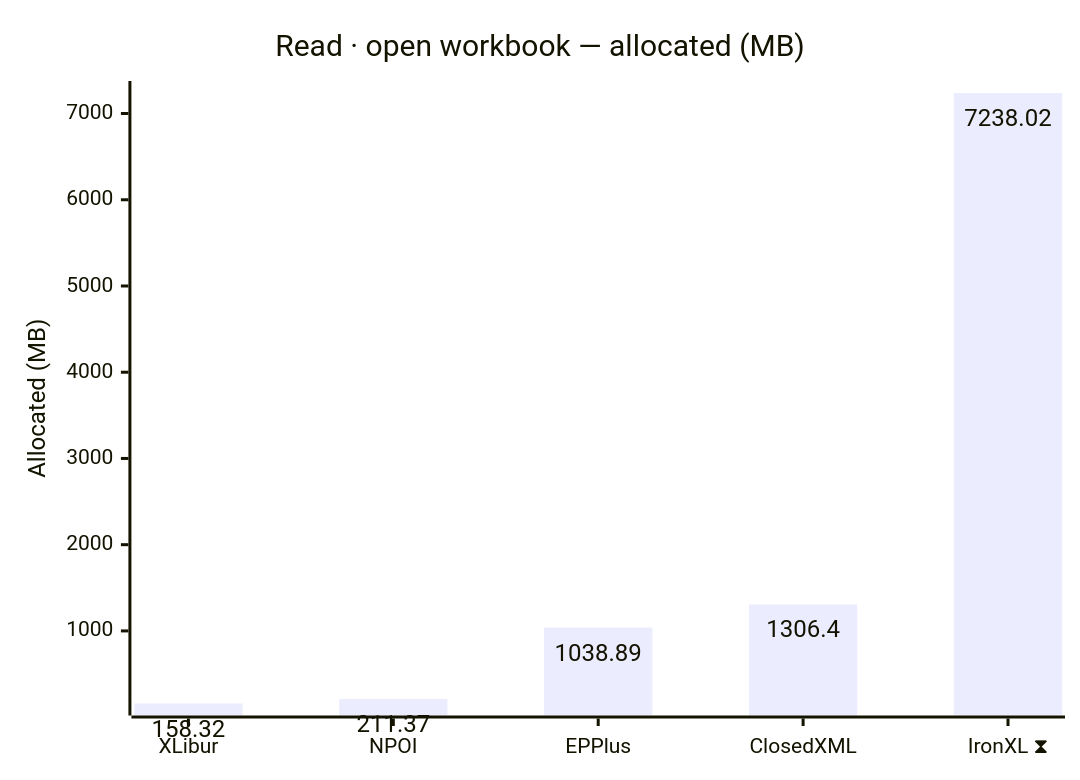
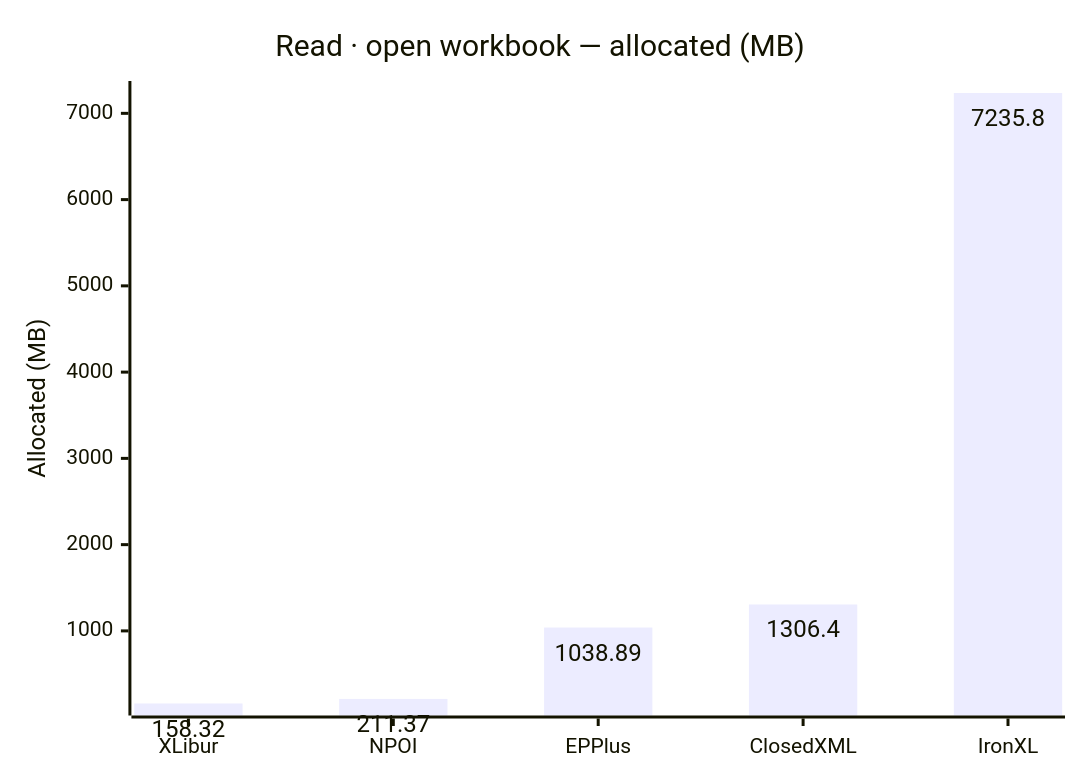
Before and after one commit to jafin/XLBench: the second of 10 diagrams in docs/results.md, drawn with Mermaid. The commit also changed other lines of this file and 3 other files, not shown here.

````diff
--- a/docs/results.md
+++ b/docs/results.md
@@ -52,12 +48,12 @@
 ```mermaid
 ---
 config:
   xyChart:
     showDataLabel: true
 ---
 xychart-beta
     title "Read · open workbook — allocated (MB)"
-    x-axis ["XLibur", "NPOI", "EPPlus", "ClosedXML", "IronXL ⧗"]
+    x-axis ["XLibur", "NPOI", "EPPlus", "ClosedXML", "IronXL"]
     y-axis "Allocated (MB)"
-    bar [158.32, 211.37, 1038.89, 1306.4, 7238.02]
+    bar [158.32, 211.37, 1038.89, 1306.4, 7235.8]
 ```
````
